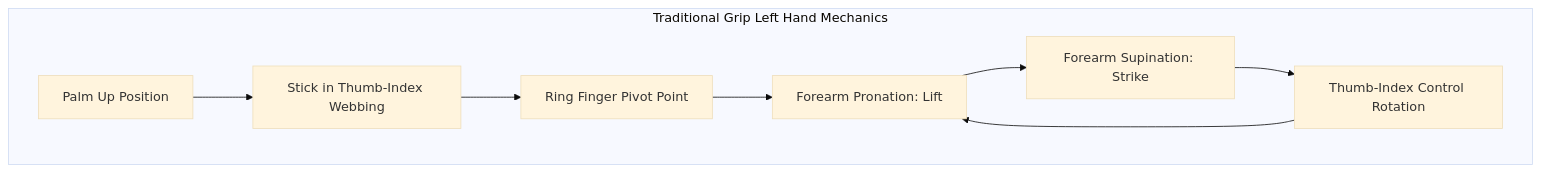
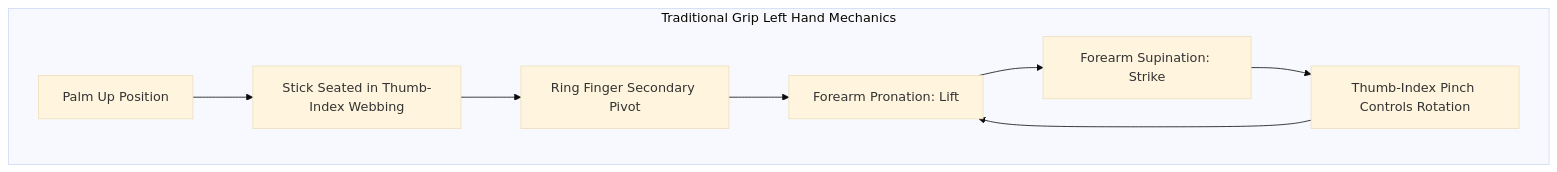
Before and after one commit to blebleblee/synapse: the third of 5 diagrams in topics/arts/music_performance/drums/lesson_01_rudiments_grip_and_rebound.md, drawn with Mermaid (base theme). The commit also changed other lines of this file and 2 other files, not shown here.

````diff
--- a/topics/arts/music_performance/drums/lesson_01_rudiments_grip_and_rebound.md
+++ b/topics/arts/music_performance/drums/lesson_01_rudiments_grip_and_rebound.md
@@ -151,11 +133,11 @@
 ```mermaid
 graph TB
     subgraph sub_trad_grip ["Traditional Grip Left Hand Mechanics"]
-        A[Palm Up Position] --> B[Stick in Thumb-Index Webbing]
-        B --> C[Ring Finger Pivot Point]
-        C --> D[Forearm Pronation: Lift]
-        D --> E[Forearm Supination: Strike]
-        E --> F[Thumb-Index Control Rotation]
+        A["Palm Up Position"] --> B["Stick Seated in Thumb-Index Webbing"]
+        B --> C["Ring Finger Secondary Pivot"]
+        C --> D["Forearm Pronation: Lift"]
+        D --> E["Forearm Supination: Strike"]
+        E --> F["Thumb-Index Pinch Controls Rotation"]
         F --> D
     end
 ```
````
